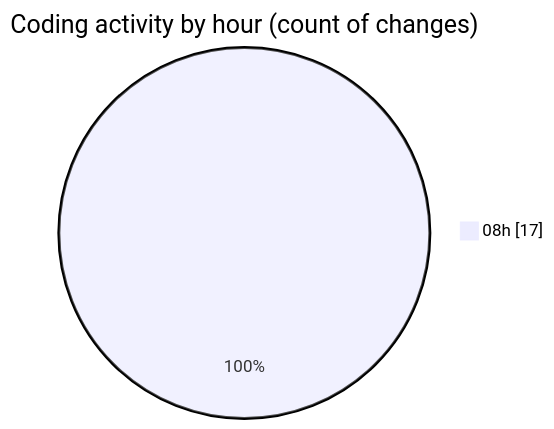
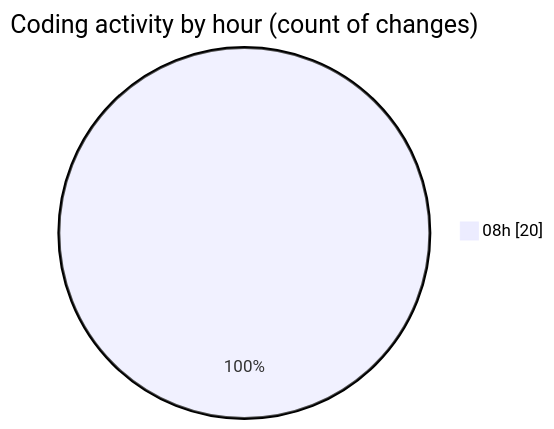
Before and after one commit to robertbonfada/code-tracking: the second of 2 diagrams in 2025-02-17/mbc-web/README.md, drawn with Mermaid. The commit also changed other lines of this file and 1 other file, not shown here.

````diff
--- a/2025-02-17/mbc-web/README.md
+++ b/2025-02-17/mbc-web/README.md
@@ -32,5 +32,5 @@
 ```mermaid
 pie showData
 title Coding activity by hour (count of changes)
-"08h" : 17
+"08h" : 20
 ```
````
